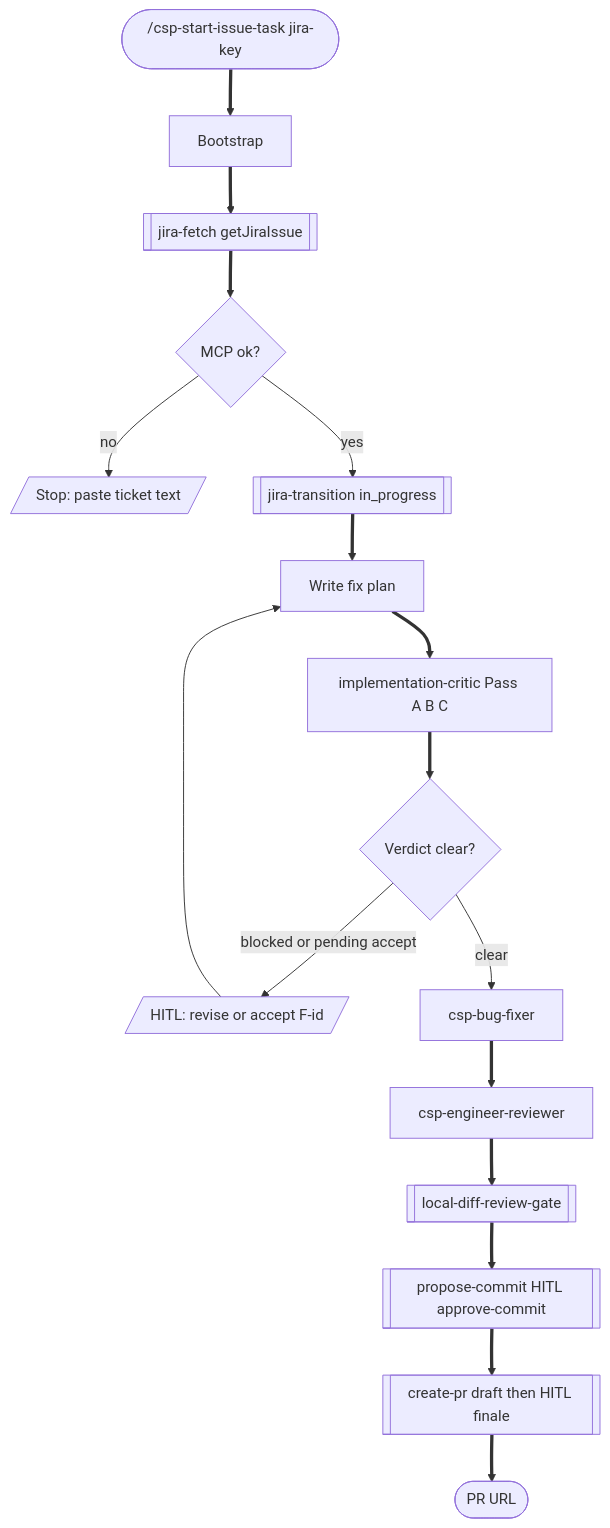
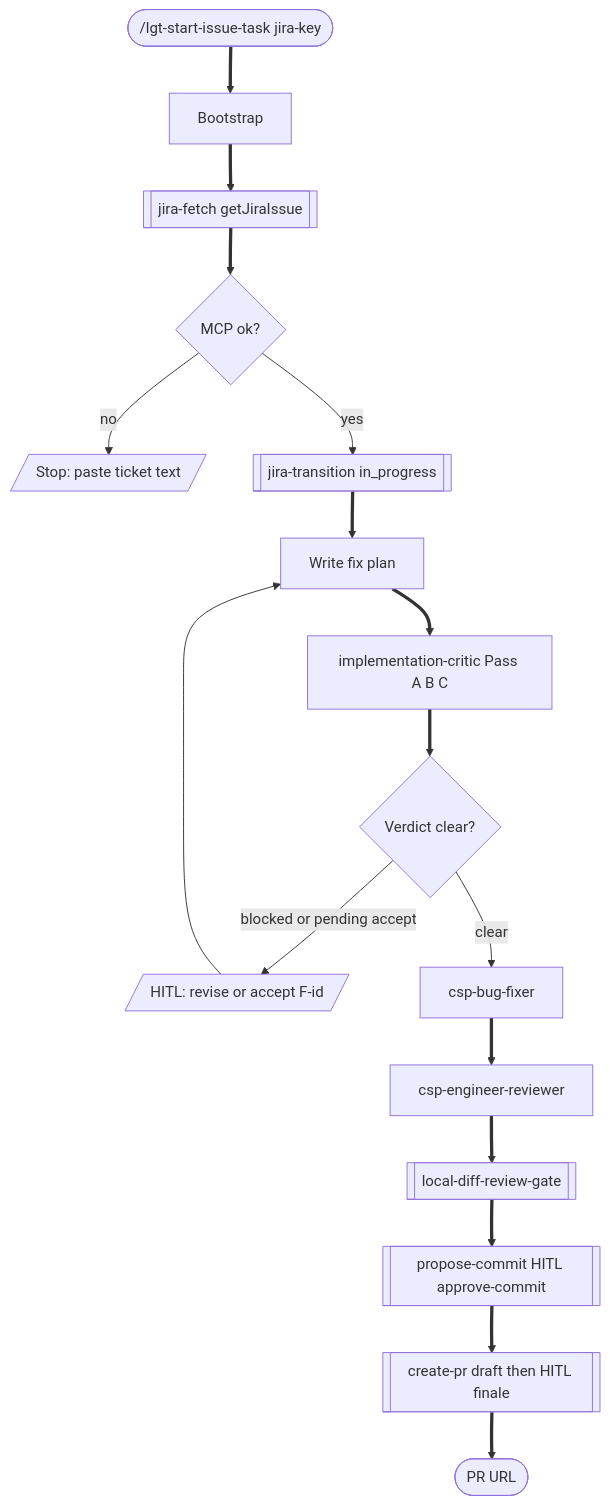
Before and after one commit to a-trembak/cursor-spells: diagram 13 of 14 in docs/superpowers/pipeline-flow.md, drawn with Mermaid. The commit also changed other lines of this file and 47 other files, not shown here.

First line of the commit message:
docs: switch user-facing surface from /csp-* to /lgt-*

````diff
--- a/docs/superpowers/pipeline-flow.md
+++ b/docs/superpowers/pipeline-flow.md
@@ -617,26 +617,26 @@
 ```mermaid
 flowchart TD
-  startIssue(["/csp-start-issue-task jira-key"])
+  startIssue(["/lgt-start-issue-task jira-key"])
   boot["Bootstrap"]
   jira[["jira-fetch getJiraIssue"]]
   jiraFail{MCP ok?}
   stopJira[/"Stop: paste ticket text"/]
   inProgress[["jira-transition in_progress"]]
   planFix["Write fix plan"]
   critic["implementation-critic Pass A B C"]
   verdict{Verdict clear?}
   hitlCrit[/"HITL: revise or accept F-id"/]
   fixer["csp-bug-fixer"]
   review["csp-engineer-reviewer"]
   localDiff[["local-diff-review-gate"]]
   commitNode[["propose-commit HITL approve-commit"]]
   prNode[["create-pr draft then HITL finale"]]
   doneIssue(["PR URL"])
 
   startIssue ==> boot ==> jira ==> jiraFail
   jiraFail -->|"no"| stopJira
   jiraFail -->|"yes"| inProgress ==> planFix ==> critic ==> verdict
   verdict -->|"blocked or pending accept"| hitlCrit
   hitlCrit --> planFix
   verdict -->|"clear"| fixer ==> review ==> localDiff ==> commitNode ==> prNode ==> doneIssue
 ```
````
